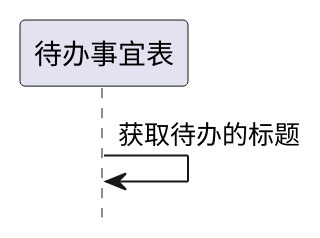
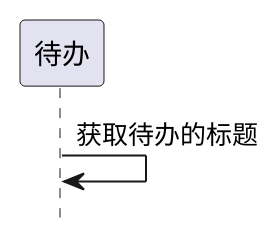
Before and after one commit to zj335841911/nt_chandao: the first of 2 diagrams in ibizpms-docs/src/main/doc/v1/module/zentao/Todo_old.md, drawn with PlantUML. The commit also changed other lines of this file and 37 other files, not shown here.

```diff
--- a/ibizpms-docs/src/main/doc/v1/module/zentao/Todo_old.md
+++ b/ibizpms-docs/src/main/doc/v1/module/zentao/Todo_old.md
@@ -121,5 +121,5 @@
 {% plantuml %}
 hide footbox
 
-待办事宜表 -> 待办事宜表: 获取待办的标题
+待办 -> 待办: 获取待办的标题
 {% endplantuml %}
```
